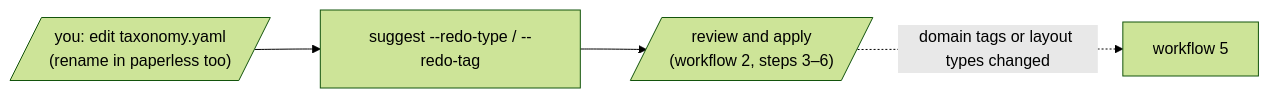
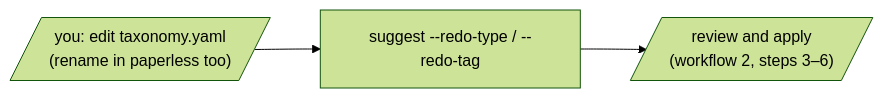
One commit to qnimbus/home-lab changed the fifth of 6 diagrams in kubernetes/apps/default/paperless/tools/README.md. Above: the diagram before and after it, drawn with Mermaid (forest theme). The commit also changed other lines of this file and 3 other files, not shown here.

````diff
--- a/kubernetes/apps/default/paperless/tools/README.md
+++ b/kubernetes/apps/default/paperless/tools/README.md
@@ -116,6 +114,5 @@
 ```mermaid
 flowchart LR
   edit[/"you: edit taxonomy.yaml<br/>(rename in paperless too)"/] --> sug["suggest --redo-type / --redo-tag"]
   sug --> apply[/"review and apply<br/>(workflow 2, steps 3–6)"/]
-  apply -.->|domain tags or layout types changed| lay["workflow 5"]
 ```
````
